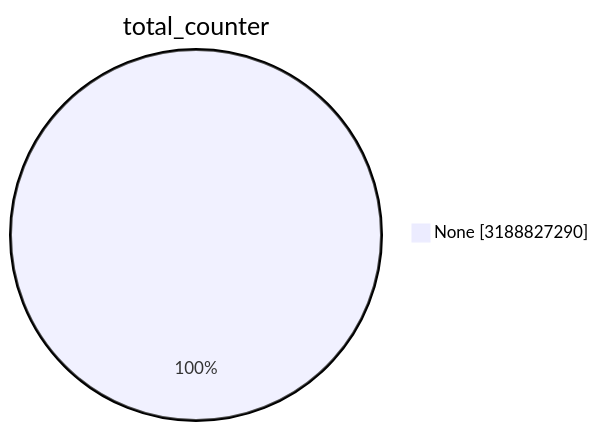
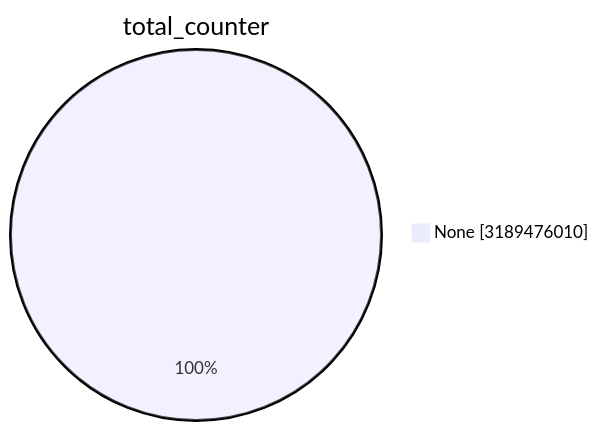
The first of 15 diagrams in TOTAL/README.md (christiankrug/ctmonitor_visualization), drawn with Mermaid before and after one commit. The commit also changed other lines of this file, not shown here.

````diff
--- a/TOTAL/README.md
+++ b/TOTAL/README.md
@@ -1,5 +1,5 @@
 ```mermaid
 pie showData
 title total_counter
-"None" :3188827290
+"None" :3189476010
 ```
````
